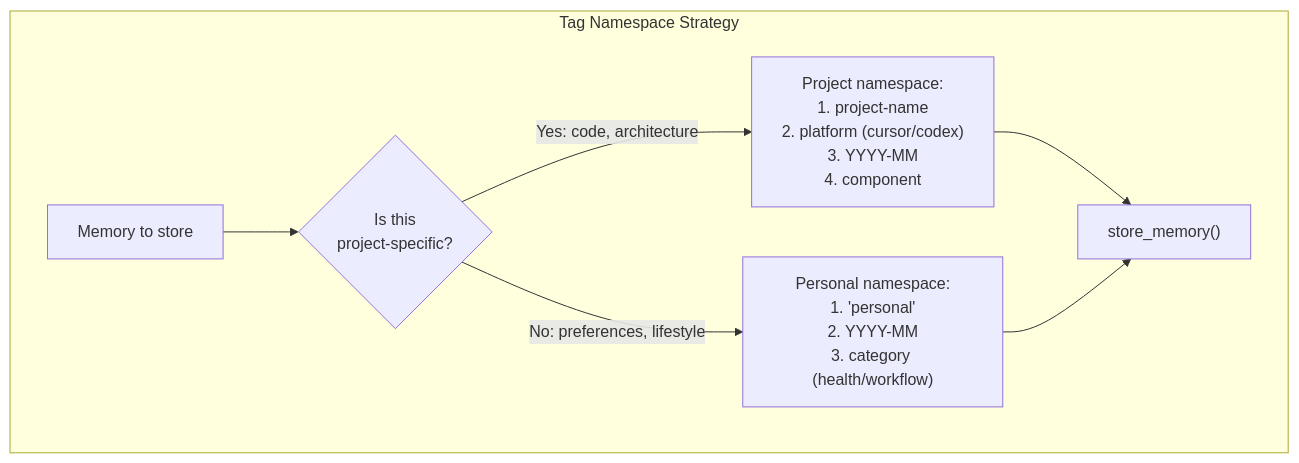
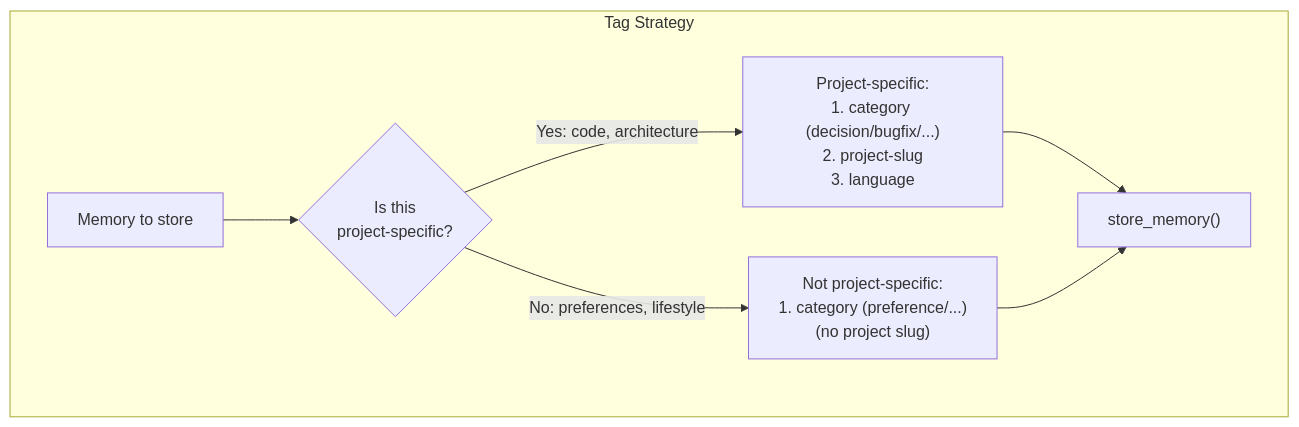
One commit to verygoodplugins/automem-website changed the second of 3 diagrams in src/content/docs/docs/best-practices/memory-rules.md. Above: the diagram before and after it, drawn with Mermaid. The commit also changed other lines of this file and 1 other file, not shown here.

````diff
--- a/src/content/docs/docs/best-practices/memory-rules.md
+++ b/src/content/docs/docs/best-practices/memory-rules.md
@@ -247,21 +249,21 @@
 ```mermaid
 graph TB
-    subgraph "Tag Namespace Strategy"
+    subgraph "Tag Strategy"
         Memory["Memory to store"]
 
         Decision{"Is this\nproject-specific?"}
 
-        ProjectTags["Project namespace:\n1. project-name\n2. platform (cursor/codex)\n3. YYYY-MM\n4. component"]
+        ProjectTags["Project-specific:\n1. category (decision/bugfix/...)\n2. project-slug\n3. language"]
 
-        PersonalTags["Personal namespace:\n1. 'personal'\n2. YYYY-MM\n3. category (health/workflow)"]
+        GeneralTags["Not project-specific:\n1. category (preference/...)\n(no project slug)"]
 
         Store["store_memory()"]
     end
 
     Memory --> Decision
     Decision -->|Yes: code, architecture| ProjectTags
-    Decision -->|No: preferences, lifestyle| PersonalTags
+    Decision -->|No: preferences, lifestyle| GeneralTags
 
     ProjectTags --> Store
-    PersonalTags --> Store
+    GeneralTags --> Store
 ```
````
